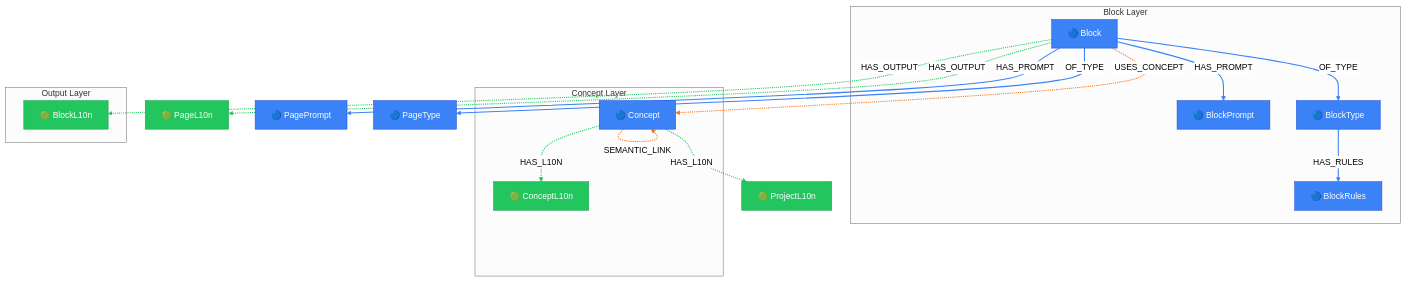
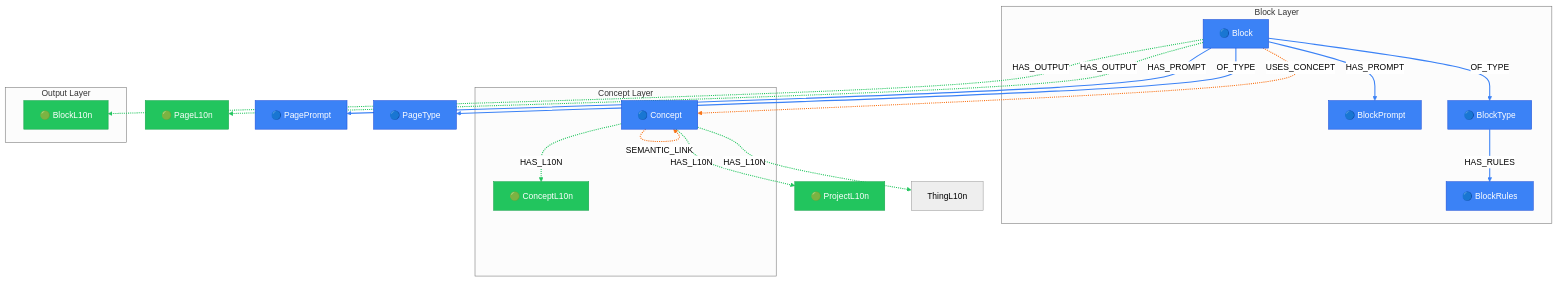
The diagram in packages/core/models/docs/block-generation.md (supernovae-st/novanet), drawn with Mermaid (neutral theme) before and after one commit. The commit also changed other lines of this file and 98 other files, not shown here.

First line of the commit message:
feat(schema): v10.1 GEO removal + locale knowledge atoms

````diff
--- a/packages/core/models/docs/block-generation.md
+++ b/packages/core/models/docs/block-generation.md
@@ -26,65 +26,66 @@
 ```mermaid
 flowchart TB
   %% View: Block Generation Context (block-generation)
-  %% 11 nodes, 11 edges
+  %% 11 nodes, 12 edges
 
-  %% Trait styling (locale_behavior)
+  %% Trait styling (node_trait)
   classDef invariant fill:#3b82f6,stroke:#1d4ed8,color:#fff
   classDef localized fill:#22c55e,stroke:#16a34a,color:#fff
   classDef knowledge fill:#8b5cf6,stroke:#7c3aed,color:#fff
   classDef derived fill:#9ca3af,stroke:#6b7280,color:#fff
   classDef job fill:#6b7280,stroke:#4b5563,color:#fff
 
   subgraph BLOCK_LAYER["Block Layer"]
     Block["🔵 Block"]
     BlockPrompt["🔵 BlockPrompt"]
     BlockType["🔵 BlockType"]
     BlockRules["🔵 BlockRules"]
   end
 
   subgraph CONCEPT_LAYER["Concept Layer"]
     Concept["🔵 Concept"]
     ConceptL10n["🟢 ConceptL10n"]
   end
 
   subgraph OUTPUT_LAYER["Output Layer"]
     BlockL10n["🟢 BlockL10n"]
   end
 
   %% Additional reachable nodes
   PageL10n["🟢 PageL10n"]
   PagePrompt["🔵 PagePrompt"]
   PageType["🔵 PageType"]
   ProjectL10n["🟢 ProjectL10n"]
 
-  %% Relationships (styled by edge family)
+  %% Relationships (styled by arc family)
   Block -.->|HAS_OUTPUT| BlockL10n
   Block -.->|HAS_OUTPUT| PageL10n
   Block -->|HAS_PROMPT| BlockPrompt
   Block -->|HAS_PROMPT| PagePrompt
   Block -->|OF_TYPE| BlockType
   Block -->|OF_TYPE| PageType
   Block -.->|USES_CONCEPT| Concept
   BlockType -->|HAS_RULES| BlockRules
   Concept -.->|HAS_L10N| ConceptL10n
   Concept -.->|HAS_L10N| ProjectL10n
+  Concept -.->|HAS_L10N| ThingL10n
   Concept -.->|SEMANTIC_LINK| Concept
 
   %% Edge colors by family
-  linkStyle 0,1,8,9 stroke:#22c55e,stroke-width:2px
+  linkStyle 0,1,8,9,10 stroke:#22c55e,stroke-width:2px
   linkStyle 2,3,4,5,7 stroke:#3b82f6,stroke-width:2px
-  linkStyle 6,10 stroke:#f97316,stroke-width:2px
+  linkStyle 6,11 stroke:#f97316,stroke-width:2px
 
   %% Class assignments
   class Block invariant
   class BlockL10n localized
   class BlockPrompt invariant
   class BlockRules invariant
   class BlockType invariant
   class Concept invariant
   class ConceptL10n localized
   class PageL10n localized
   class PagePrompt invariant
   class PageType invariant
   class ProjectL10n localized
 ```
````
